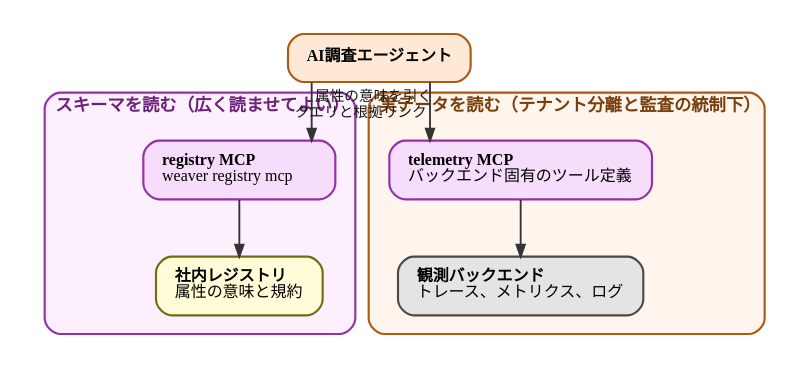
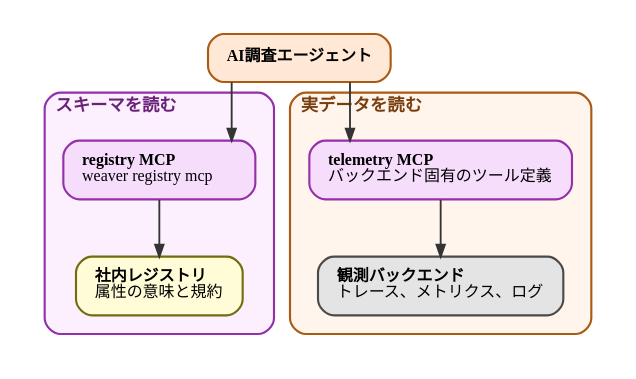
Before and after one commit to ymotongpoo/zenn.dev: the diagram in diagrams/observability-platform-with-otel/20260926-two-mcp.dot, drawn with Graphviz. The commit also changed 20 other files, not shown here.

```diff
--- a/diagrams/observability-platform-with-otel/20260926-two-mcp.dot
+++ b/diagrams/observability-platform-with-otel/20260926-two-mcp.dot
@@ -1,43 +1,49 @@
 // AI調査エージェントの二種類のMCP接続
 digraph two_mcp {
   graph [
     fontname="IBM Plex Sans JP", fontsize=13,
     rankdir=TB, compound=true, splines=ortho,
     nodesep=0.55, ranksep=0.6, pad=0.25,
     bgcolor="white", newrank=true
   ];
   node [
     fontname="IBM Plex Sans JP", fontsize=12,
     shape=box, style="rounded,filled",
     fillcolor="#E4E4E4", color="#4A4A4A", penwidth=1.6,
     margin="0.2,0.14"
   ];
   edge [
     fontname="IBM Plex Sans JP", fontsize=11,
     color="#343434", penwidth=1.4, arrowsize=0.9,
     fontcolor="#171717"
   ];
 
   ai [label=<<b>AI調査エージェント</b>>, fillcolor="#FFE9D6", color="#AB5A13"];
 
   subgraph cluster_schema {
-    label=<<b>スキーマを読む（広く読ませてよい）</b>>;
+    // タイトルは短く保つ。長いと枠幅を超えて隣のクラスタと重なり、
+    // 後ろのタイトルが前の枠の塗りで隠れて読めなくなる。
+    // 読ませてよい範囲と統制の条件はキャプションで述べる。
+    label=<<b>スキーマを読む</b>>;
     labeljust="l"; style="rounded"; penwidth=1.6;
     color="#9430A9"; bgcolor="#FCF0FE"; fontcolor="#6A2278"; margin=14;
     regmcp [label=<<b>registry MCP</b><br align="left"/>weaver registry mcp<br align="left"/>>, fillcolor="#F7DDFC", color="#9430A9"];
     registry [label=<<b>社内レジストリ</b><br align="left"/>属性の意味と規約<br align="left"/>>, fillcolor="#FFFCD7", color="#736B10"];
     regmcp -> registry;
   }
 
   subgraph cluster_data {
-    label=<<b>実データを読む（テナント分離と監査の統制下）</b>>;
+    label=<<b>実データを読む</b>>;
     labeljust="l"; style="rounded"; penwidth=1.6;
     color="#AB5A13"; bgcolor="#FFF5ED"; fontcolor="#783F0E"; margin=14;
     telmcp [label=<<b>telemetry MCP</b><br align="left"/>バックエンド固有のツール定義<br align="left"/>>, fillcolor="#F7DDFC", color="#9430A9"];
     backend [label=<<b>観測バックエンド</b><br align="left"/>トレース、メトリクス、ログ<br align="left"/>>];
     telmcp -> backend;
   }
 
-  ai -> regmcp [xlabel=" 属性の意味を引く"];
-  ai -> telmcp [xlabel=" クエリと根拠リンク"];
+  // ラベルは置かない。2本ともクラスタの角と縦線に挟まれた狭い場所へ
+  // 配置され、枠線か線に必ず触れる（ELK はラベル位置を自分で決めるので
+  // 空白での押し出しも効かない）。読む対象の違いはキャプションが述べる。
+  ai -> regmcp;
+  ai -> telmcp;
 }
```
